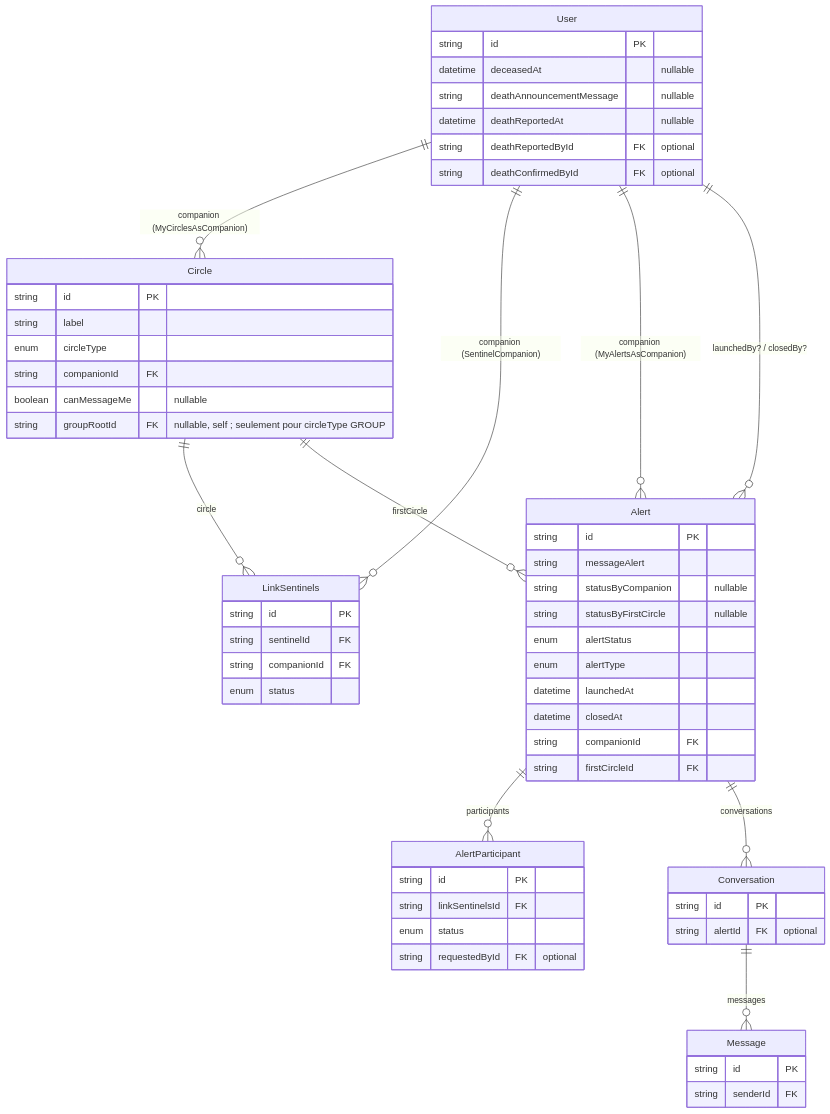
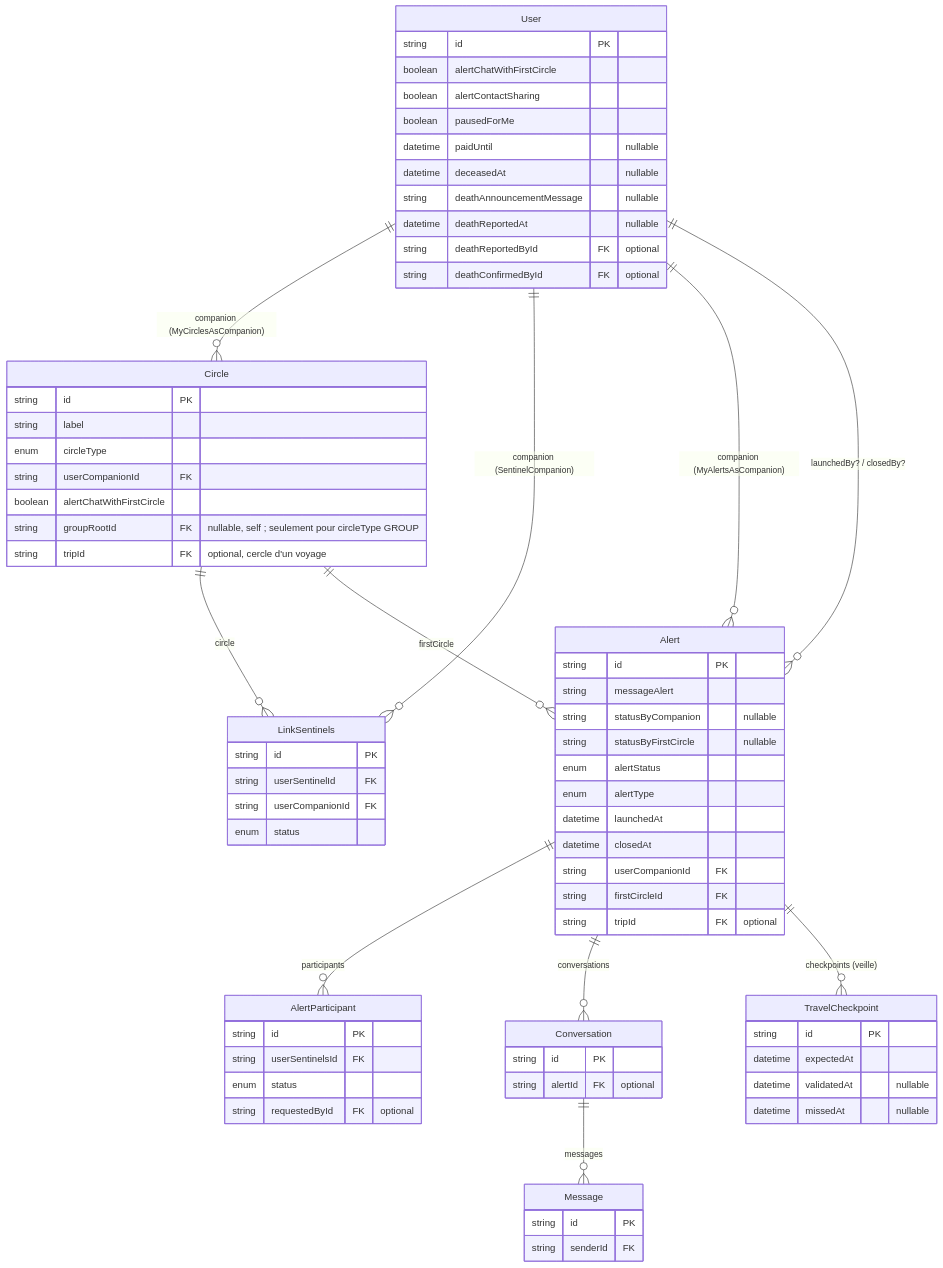
Before and after one commit to Sylvfo/MySentinelCircle: the fourth of 6 diagrams in backend/prisma/DB_schema.md, drawn with Mermaid. The commit also changed other lines of this file and 103 other files, not shown here.

````diff
--- a/backend/prisma/DB_schema.md
+++ b/backend/prisma/DB_schema.md
@@ -243,61 +348,74 @@
 ```mermaid
 erDiagram
   User          ||--o{ Circle             : "companion (MyCirclesAsCompanion)"
   User          ||--o{ LinkSentinels      : "companion (SentinelCompanion)"
   User          ||--o{ Alert              : "companion (MyAlertsAsCompanion)"
   User          ||--o{ Alert              : "launchedBy? / closedBy?"
   Circle        ||--o{ LinkSentinels      : "circle"
   Circle        ||--o{ Alert              : "firstCircle"
   Alert         ||--o{ AlertParticipant   : "participants"
   Alert         ||--o{ Conversation       : "conversations"
+  Alert         ||--o{ TravelCheckpoint   : "checkpoints (veille)"
   Conversation  ||--o{ Message            : "messages"
 
   User {
     string id PK
+    boolean alertChatWithFirstCircle
+    boolean alertContactSharing
+    boolean pausedForMe
+    datetime paidUntil "nullable"
     datetime deceasedAt "nullable"
     string deathAnnouncementMessage "nullable"
     datetime deathReportedAt "nullable"
     string deathReportedById FK "optional"
     string deathConfirmedById FK "optional"
   }
   Circle {
     string id PK
     string label
     enum   circleType
-    string companionId FK
-    boolean canMessageMe "nullable"
+    string userCompanionId FK
+    boolean alertChatWithFirstCircle
     string groupRootId FK "nullable, self ; seulement pour circleType GROUP"
+    string tripId FK "optional, cercle d'un voyage"
   }
   LinkSentinels {
     string id PK
-    string sentinelId FK
-    string companionId FK
+    string userSentinelId FK
+    string userCompanionId FK
     enum   status
   }
   Alert {
     string id PK
     string messageAlert
     string statusByCompanion "nullable"
     string statusByFirstCircle "nullable"
     enum   alertStatus
     enum   alertType
     datetime launchedAt
     datetime closedAt
-    string companionId FK
+    string userCompanionId FK
     string firstCircleId FK
+    string tripId FK "optional"
   }
   AlertParticipant {
     string id PK
-    string linkSentinelsId FK
+    string userSentinelsId FK
     enum   status
     string requestedById FK "optional"
+  }
+  TravelCheckpoint {
+    string id PK
+    datetime expectedAt
+    datetime validatedAt "nullable"
+    datetime missedAt "nullable"
   }
   Conversation {
     string id PK
     string alertId FK "optional"
   }
   Message {
     string id PK
     string senderId FK
   }
 ```
````
